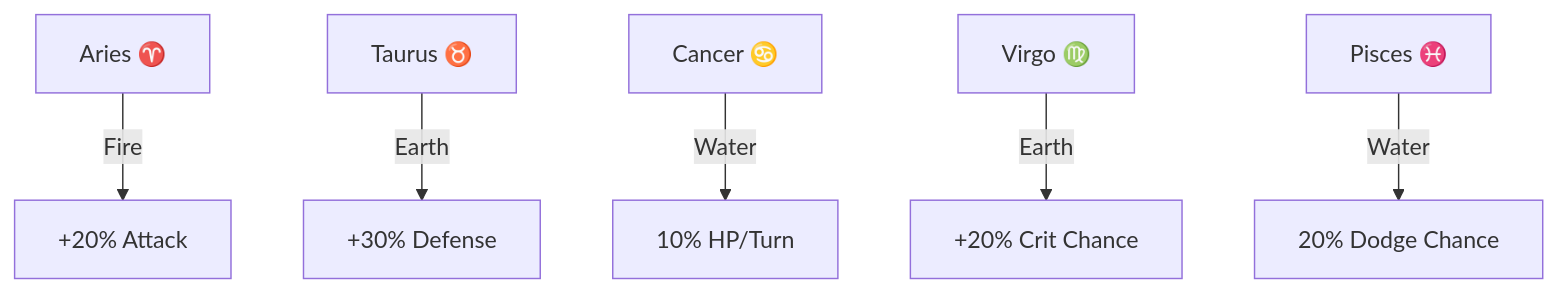
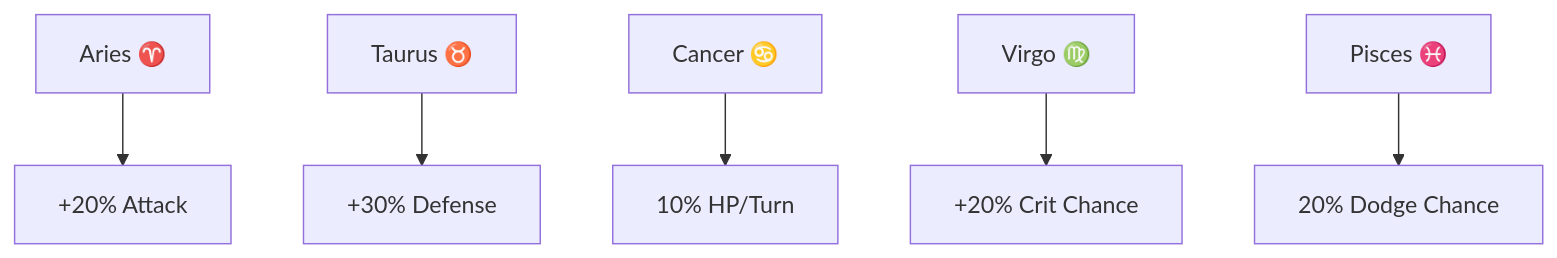
The second of 2 diagrams in Writerside/topics/player/Cardinals.md (Phearion/mythical-doc), drawn with Mermaid before and after one commit. The commit also changed 2 other files, not shown here.

Commit message:
chore: better style and logo

````diff
--- a/Writerside/topics/player/Cardinals.md
+++ b/Writerside/topics/player/Cardinals.md
@@ -35,8 +35,8 @@
 ```mermaid
 graph TD
-    Aries[Aries ♈] -->|Fire| ATK[+20% Attack]
-    Taurus[Taurus ♉] -->|Earth| DEF[+30% Defense]
-    Cancer[Cancer ♋] -->|Water| HEAL[10% HP/Turn]
-    Virgo[Virgo ♍] -->|Earth| CRIT[+20% Crit Chance]
-    Pisces[Pisces ♓] -->|Water| DODGE[20% Dodge Chance]
+    Aries[Aries ♈] --> ATK[+20% Attack]
+    Taurus[Taurus ♉] --> DEF[+30% Defense]
+    Cancer[Cancer ♋] --> HEAL[10% HP/Turn]
+    Virgo[Virgo ♍] --> CRIT[+20% Crit Chance]
+    Pisces[Pisces ♓] --> DODGE[20% Dodge Chance]
 ```
````
